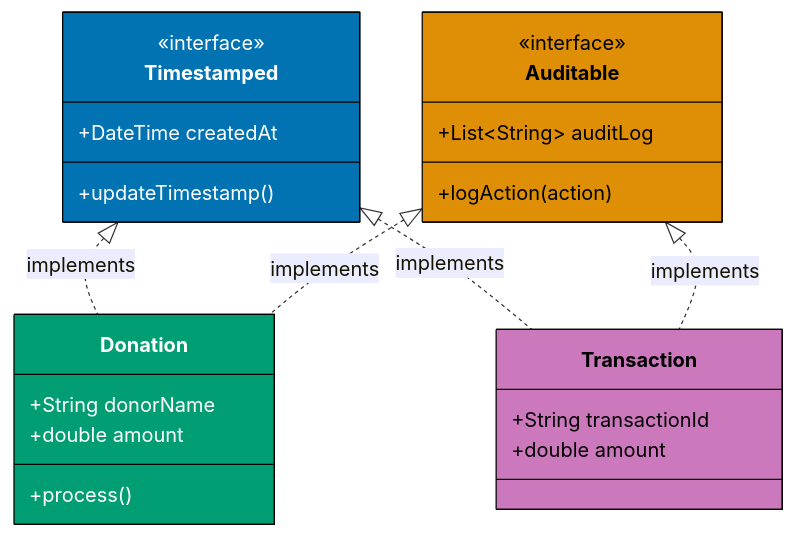
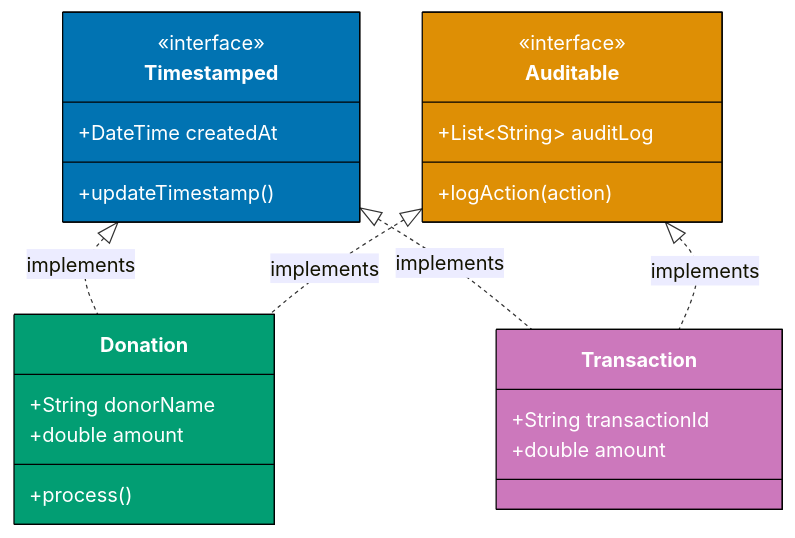
The sixth of 7 diagrams in apps/ayokoding-web/content/en/learn/software-engineering/programming-languages/dart/by-example/intermediate.md (wahidyankf/open-sharia-enterprise), drawn with Mermaid before and after one commit. The commit also changed other lines of this file and 61 other files, not shown here.

First line of the commit message:
fix(ayokoding-web): quote Mermaid node labels with special characters in Example 63

````diff
--- a/apps/ayokoding-web/content/en/learn/software-engineering/programming-languages/dart/by-example/intermediate.md
+++ b/apps/ayokoding-web/content/en/learn/software-engineering/programming-languages/dart/by-example/intermediate.md
@@ -2066,36 +2066,36 @@
 ```mermaid
 %% Color Palette: Blue #0173B2, Orange #DE8F05, Teal #029E73, Purple #CC78BC, Brown #CA9161
 classDiagram
     class Timestamped {
         <<interface>>
         +DateTime createdAt
         +updateTimestamp()
     }
 
     class Auditable {
         <<interface>>
         +List~String~ auditLog
         +logAction(action)
     }
 
     class Donation {
         +String donorName
         +double amount
         +process()
     }
 
     class Transaction {
         +String transactionId
         +double amount
     }
 
     Timestamped <|.. Donation : implements
     Auditable <|.. Donation : implements
     Timestamped <|.. Transaction : implements
     Auditable <|.. Transaction : implements
 
     style Timestamped fill:#0173B2,stroke:#000,color:#fff
-    style Auditable fill:#DE8F05,stroke:#000,color:#000
+    style Auditable fill:#DE8F05,stroke:#000,color:#fff
     style Donation fill:#029E73,stroke:#000,color:#fff
-    style Transaction fill:#CC78BC,stroke:#000,color:#000
+    style Transaction fill:#CC78BC,stroke:#000,color:#fff
 ```
````
